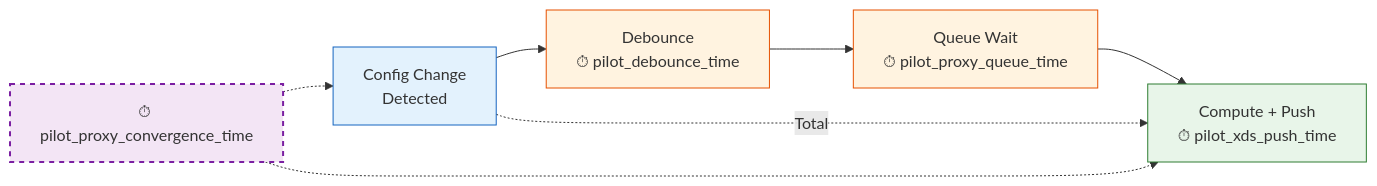
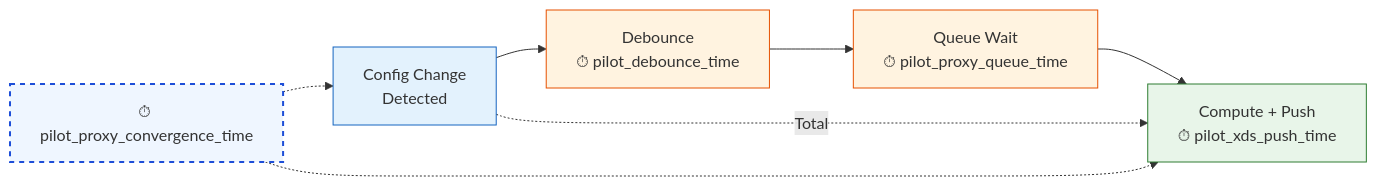
The second of 3 diagrams in content/blog/istio-observability-control-plane.md (nirvanagit/servicemeshblog), drawn with Mermaid before and after one commit. The commit also changed 1 other file, not shown here.

Commit message:
fix: replace purple/violet colors with blue throughout site
Replace all indigo/violet accent colors (#6366f1, #818cf8, #a78bfa, #7c3aed)
with blue equivalents (#3b82f6, #60a5fa, #93c5fd, #1d4ed8) across CSS theme,
syntax highlighting, and Mermaid diagram in observability blog post.

````diff
--- a/content/blog/istio-observability-control-plane.md
+++ b/content/blog/istio-observability-control-plane.md
@@ -84,16 +84,16 @@
 ```mermaid
 graph LR
     A["Config Change<br/>Detected"] --> B["Debounce<br/>⏱ pilot_debounce_time"]
     B --> C["Queue Wait<br/>⏱ pilot_proxy_queue_time"]
     C --> D["Compute + Push<br/>⏱ pilot_xds_push_time"]
     A -.->|"Total"| D
 
     E["⏱ pilot_proxy_convergence_time"] -.-> A
     E -.-> D
 
     style A fill:#e3f2fd,stroke:#1565c0
     style B fill:#fff3e0,stroke:#e65100
     style C fill:#fff3e0,stroke:#e65100
     style D fill:#e8f5e9,stroke:#2e7d32
-    style E fill:#f3e5f5,stroke:#7b1fa2,stroke-width:2px,stroke-dasharray:5
+    style E fill:#eff6ff,stroke:#1d4ed8,stroke-width:2px,stroke-dasharray:5
 ```
````
